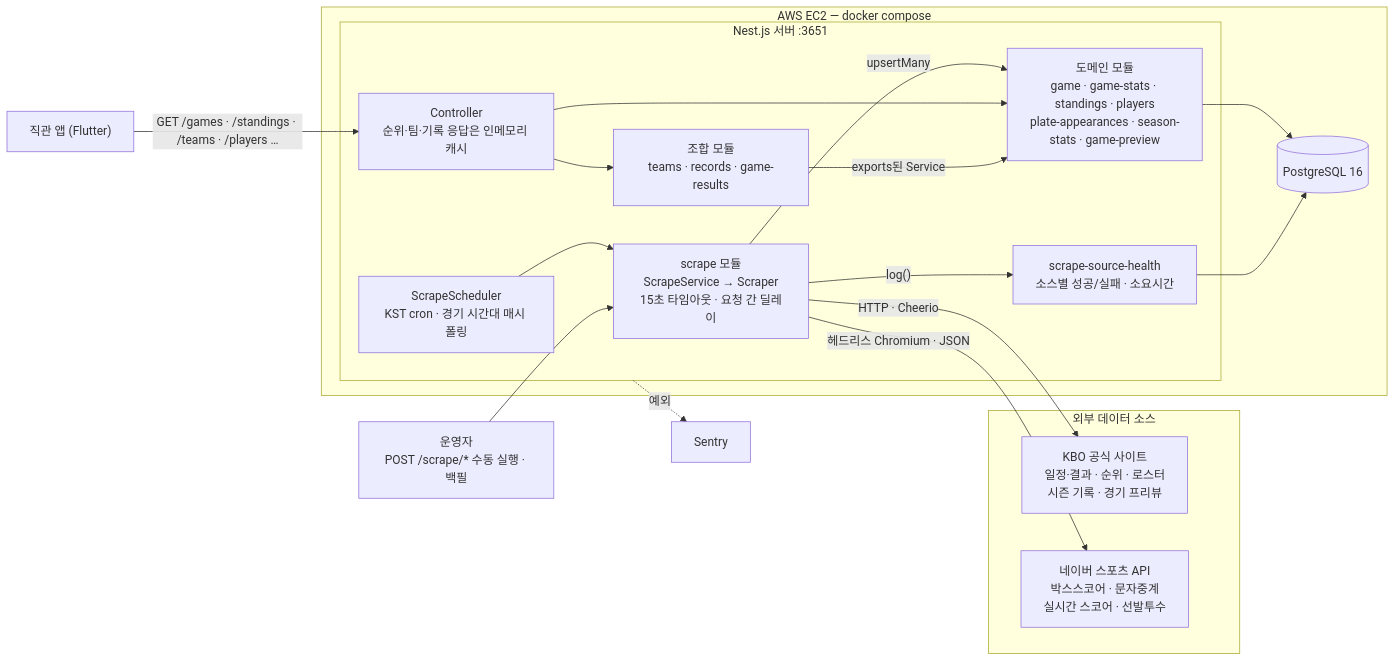
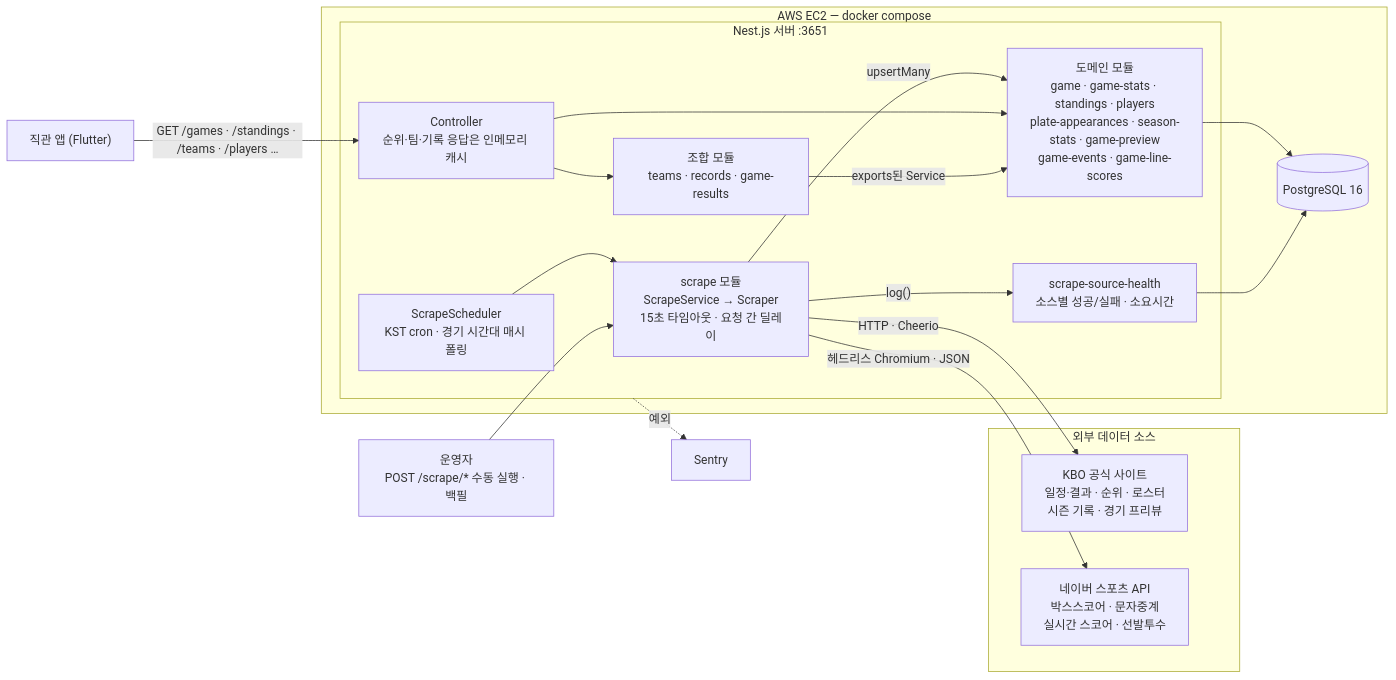
Before and after one commit to shot013/doo_kbo_scraping_server: the first of 3 diagrams in README.md, drawn with Mermaid. The commit also changed other lines of this file and 1 other file, not shown here.

First line of the commit message:
docs: describe game summary storage modules and pitcher fields

````diff
--- a/README.md
+++ b/README.md
@@ -43,37 +43,37 @@
 ```mermaid
 flowchart LR
   subgraph SRC["외부 데이터 소스"]
     KBO["KBO 공식 사이트<br/>일정·결과 · 순위 · 로스터<br/>시즌 기록 · 경기 프리뷰"]
     NAVER["네이버 스포츠 API<br/>박스스코어 · 문자중계<br/>실시간 스코어 · 선발투수"]
   end
 
   subgraph EC2["AWS EC2 — docker compose"]
     subgraph NEST["Nest.js 서버 :3651"]
       SCHED["ScrapeScheduler<br/>KST cron · 경기 시간대 매시 폴링"]
       SCRAPE["scrape 모듈<br/>ScrapeService → Scraper<br/>15초 타임아웃 · 요청 간 딜레이"]
       CTRL["Controller<br/>순위·팀·기록 응답은 인메모리 캐시"]
-      DOMAIN["도메인 모듈<br/>game · game-stats · standings · players<br/>plate-appearances · season-stats · game-preview"]
+      DOMAIN["도메인 모듈<br/>game · game-stats · standings · players<br/>plate-appearances · season-stats · game-preview<br/>game-events · game-line-scores"]
       COMBO["조합 모듈<br/>teams · records · game-results"]
       HEALTH["scrape-source-health<br/>소스별 성공/실패 · 소요시간"]
     end
     PG[("PostgreSQL 16")]
   end
 
   APP["직관 앱 (Flutter)"]
   OPS["운영자<br/>POST /scrape/* 수동 실행 · 백필"]
   SENTRY["Sentry"]
 
   SCHED --> SCRAPE
   OPS --> SCRAPE
   SCRAPE -- "HTTP · Cheerio" --> KBO
   SCRAPE -- "헤드리스 Chromium · JSON" --> NAVER
   SCRAPE -- "upsertMany" --> DOMAIN
   SCRAPE -- "log()" --> HEALTH
   APP -- "GET /games · /standings · /teams · /players …" --> CTRL
   CTRL --> DOMAIN
   CTRL --> COMBO
   COMBO -- "exports된 Service" --> DOMAIN
   DOMAIN --> PG
   HEALTH --> PG
   NEST -.->|"예외"| SENTRY
 ```
````
